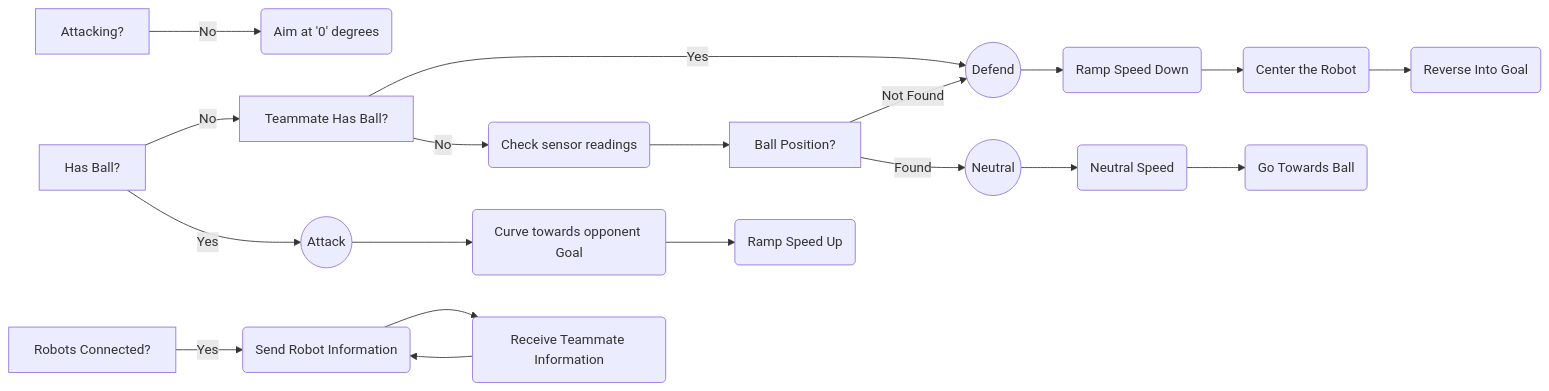
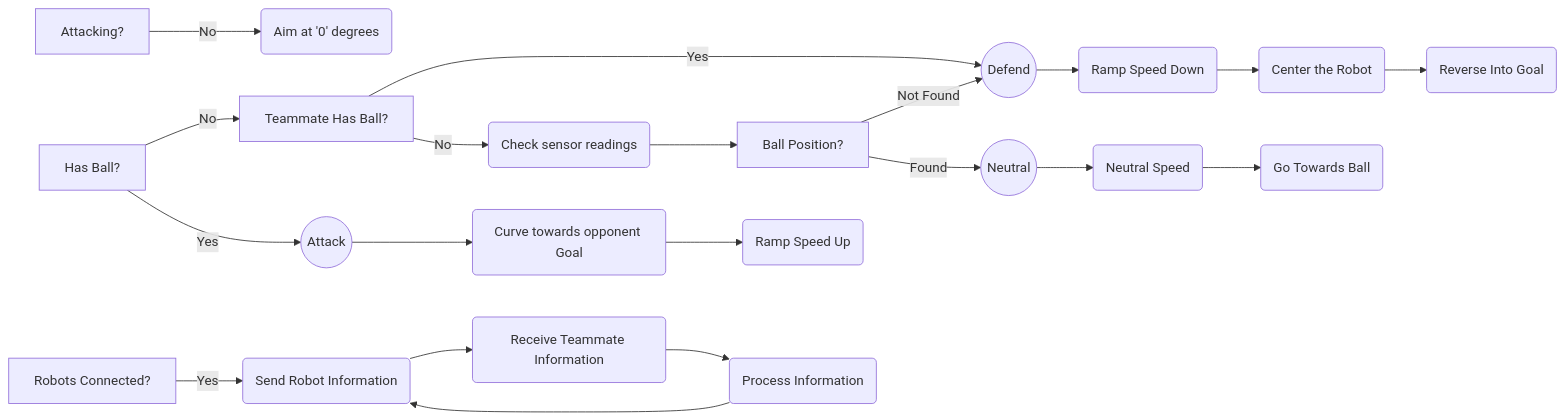
The diagram in EngineeringNotebook.md (denyahnov/rc2022), drawn with Mermaid before and after one commit.

````diff
--- a/EngineeringNotebook.md
+++ b/EngineeringNotebook.md
@@ -19,16 +19,17 @@
 ```mermaid
 graph LR
 Attacking[Attacking?] -- No --> Aim(Aim at '0' degrees)
 HasBall[Has Ball?] -- No --> TeammateBall[Teammate Has Ball?]
 TeammateBall -- Yes --> Defend((Defend))
 Defend --> SlowDown(Ramp Speed Down) --> CenterRobot(Center the Robot) --> Reverse(Reverse Into Goal)
 TeammateBall -- No --> CheckSensors(Check sensor readings)
 HasBall -- Yes --> Attack((Attack))
 Attack --> AimGoal(Curve towards opponent Goal) --> RampSpeed(Ramp Speed Up)
 CheckSensors --> BallPos[Ball Position?]
 BallPos-- Not Found --> Defend
 BallPos-- Found --> Neutral((Neutral)) --> NeutralSpeed(Neutral Speed) --> GoToBall(Go Towards Ball)
 Connected[Robots Connected?] -- Yes --> A(Send Robot Information)
 A --> B(Receive Teammate Information)
-B --> A
+B --> C(Process Information)
+C --> A
 ```
````
